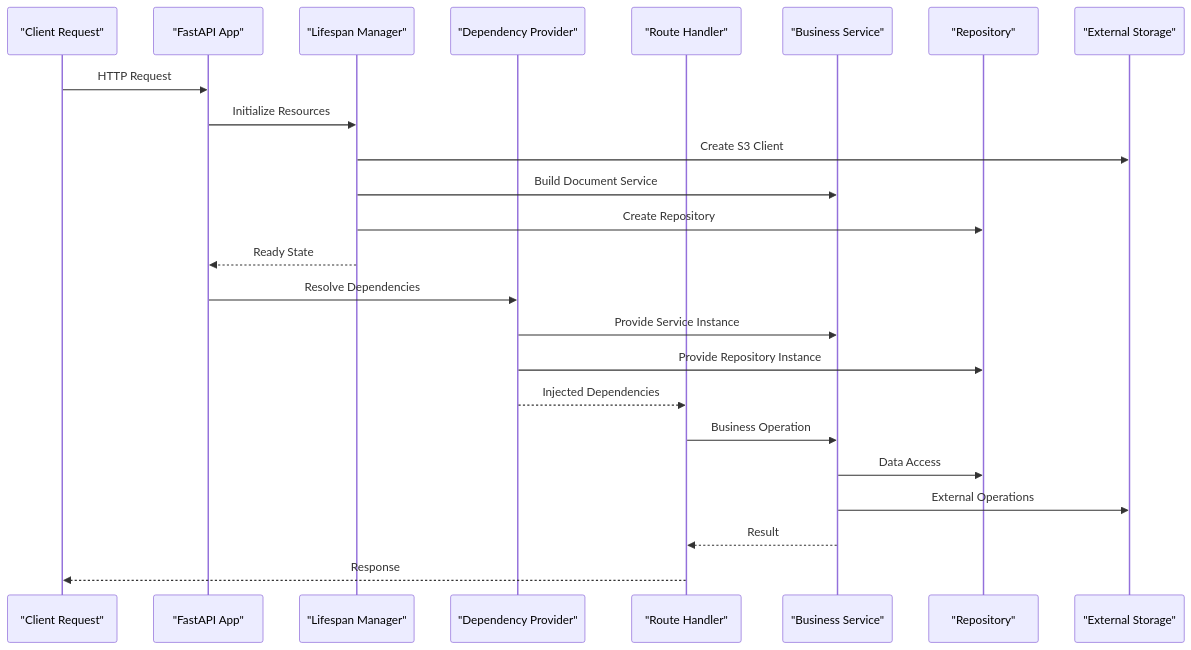
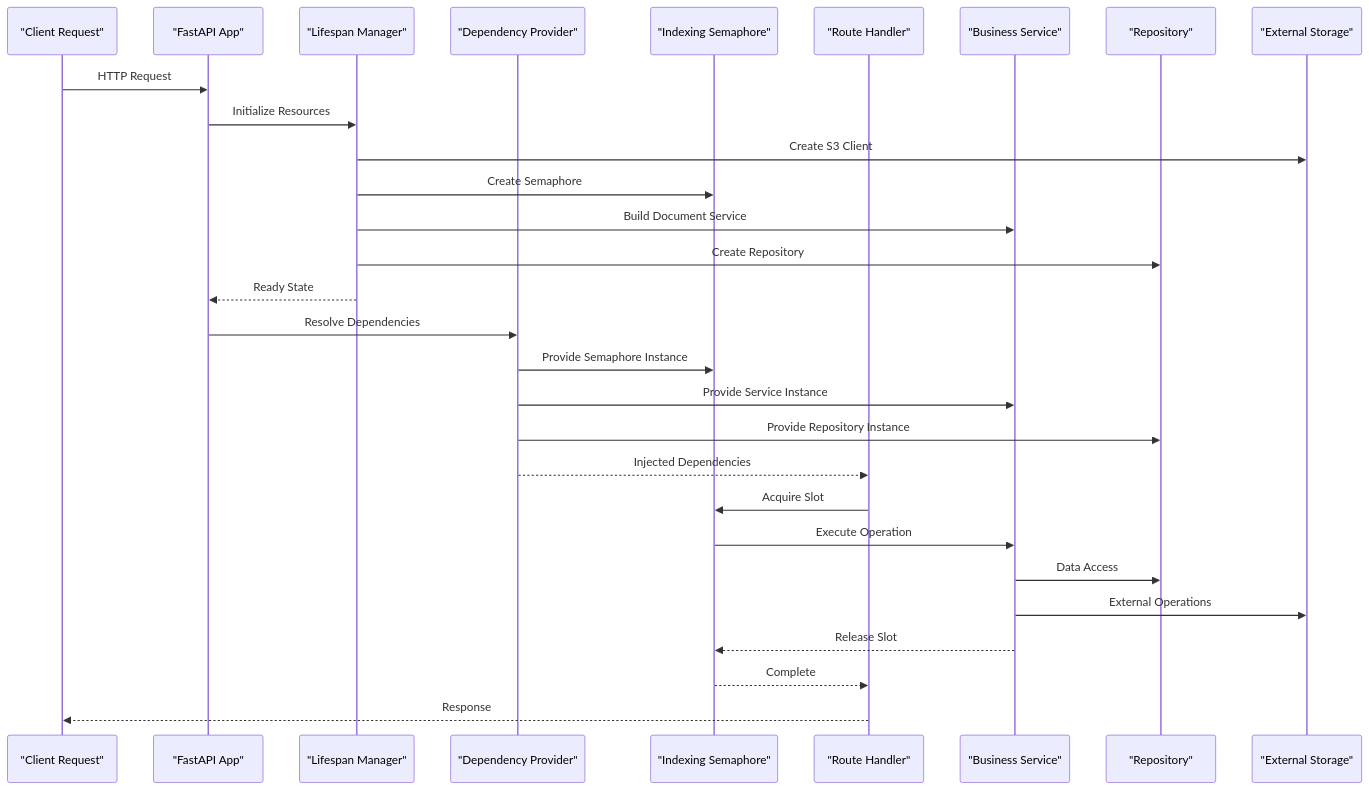
The second of 8 diagrams in .qoder/repowiki/en/content/API Reference/Dependency Injection System.md (ognelis/cafetera_hr_bot), drawn with Mermaid before and after one commit. The commit also changed other lines of this file and 7 other files, not shown here.

````diff
--- a/.qoder/repowiki/en/content/API Reference/Dependency Injection System.md
+++ b/.qoder/repowiki/en/content/API Reference/Dependency Injection System.md
@@ -115,26 +132,31 @@
 ```mermaid
 sequenceDiagram
 participant Client as "Client Request"
 participant App as "FastAPI App"
 participant Lifespan as "Lifespan Manager"
 participant Deps as "Dependency Provider"
+participant Semaphore as "Indexing Semaphore"
 participant Handler as "Route Handler"
 participant Service as "Business Service"
 participant Repo as "Repository"
 participant Storage as "External Storage"
 Client->>App : HTTP Request
 App->>Lifespan : Initialize Resources
 Lifespan->>Storage : Create S3 Client
+Lifespan->>Semaphore : Create Semaphore
 Lifespan->>Service : Build Document Service
 Lifespan->>Repo : Create Repository
 Lifespan-->>App : Ready State
 App->>Deps : Resolve Dependencies
+Deps->>Semaphore : Provide Semaphore Instance
 Deps->>Service : Provide Service Instance
 Deps->>Repo : Provide Repository Instance
 Deps-->>Handler : Injected Dependencies
-Handler->>Service : Business Operation
+Handler->>Semaphore : Acquire Slot
+Semaphore->>Service : Execute Operation
 Service->>Repo : Data Access
 Service->>Storage : External Operations
-Service-->>Handler : Result
+Service-->>Semaphore : Release Slot
+Semaphore-->>Handler : Complete
 Handler-->>Client : Response
 ```
````
